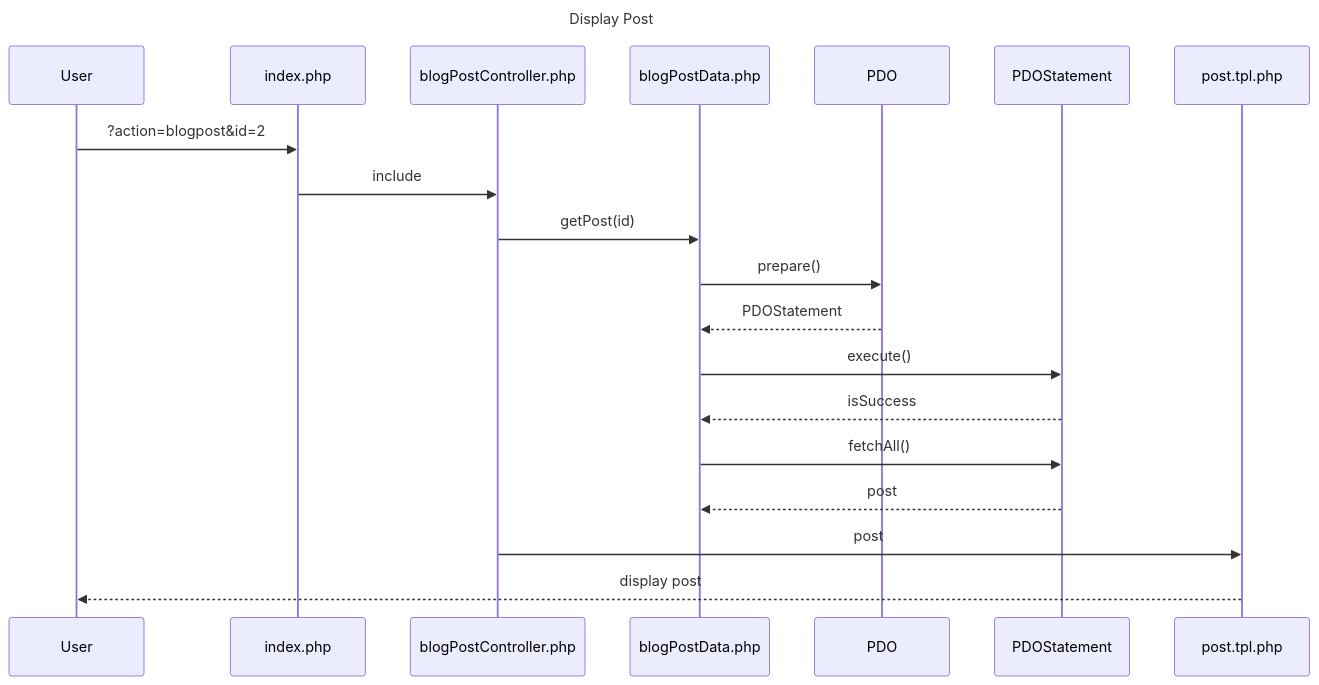
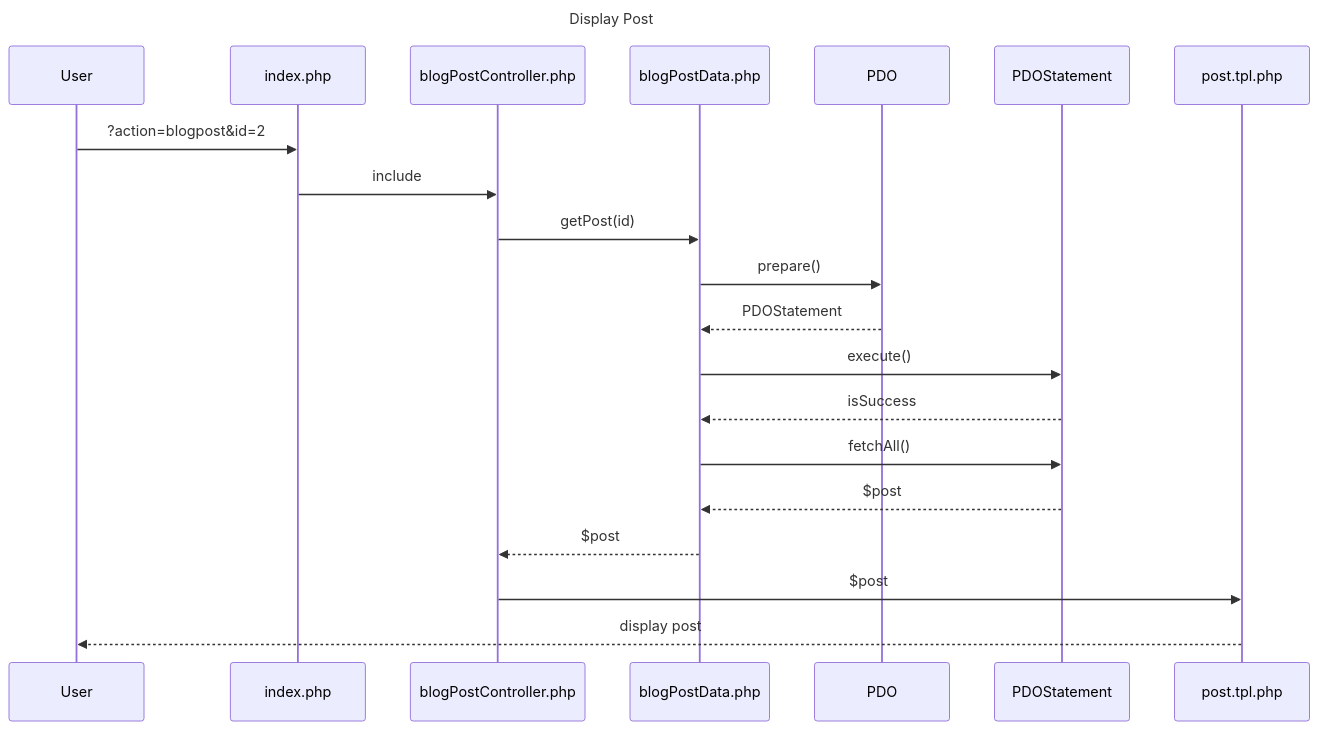
One commit to Vodianoi/blog changed the third of 4 diagrams in doc/diagramme.md. Above: the diagram before and after it, drawn with Mermaid. The commit also changed other lines of this file, not shown here.

Commit message:
Add create post sequence diagram

````diff
--- a/doc/diagramme.md
+++ b/doc/diagramme.md
@@ -30,17 +30,18 @@
 ```mermaid
 sequenceDiagram 
 ;
     title Display Post
     
     User ->> index.php: ?action=blogpost&id=2
     index.php ->> blogPostController.php: include
     blogPostController.php ->> blogPostData.php: getPost(id)
     blogPostData.php ->> PDO: prepare()
     PDO -->> blogPostData.php: PDOStatement
     blogPostData.php ->> PDOStatement: execute()
     PDOStatement -->> blogPostData.php: isSuccess
     blogPostData.php ->> PDOStatement: fetchAll()
-    PDOStatement -->> blogPostData.php : post
-    blogPostController.php ->> post.tpl.php: post
+    PDOStatement -->> blogPostData.php : $post
+    blogPostData.php -->>blogPostController.php: $post
+    blogPostController.php ->> post.tpl.php: $post
     post.tpl.php -->> User: display post
 ```
````
